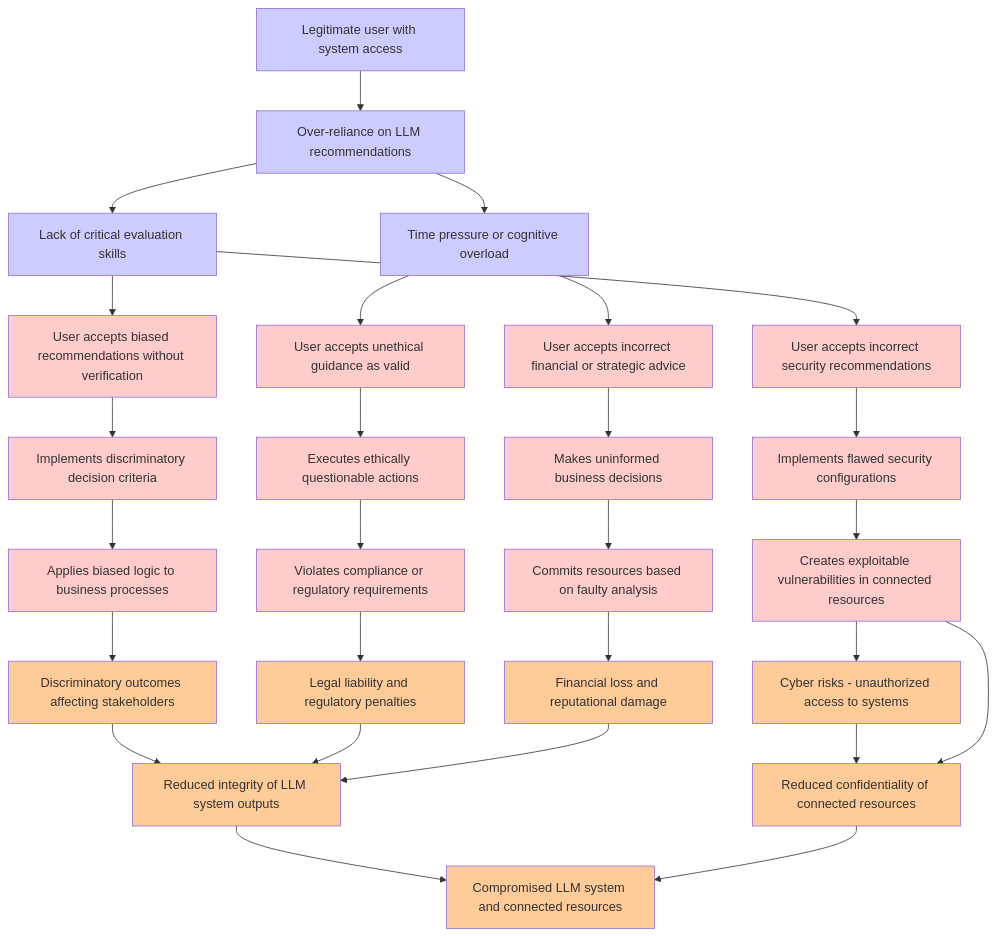
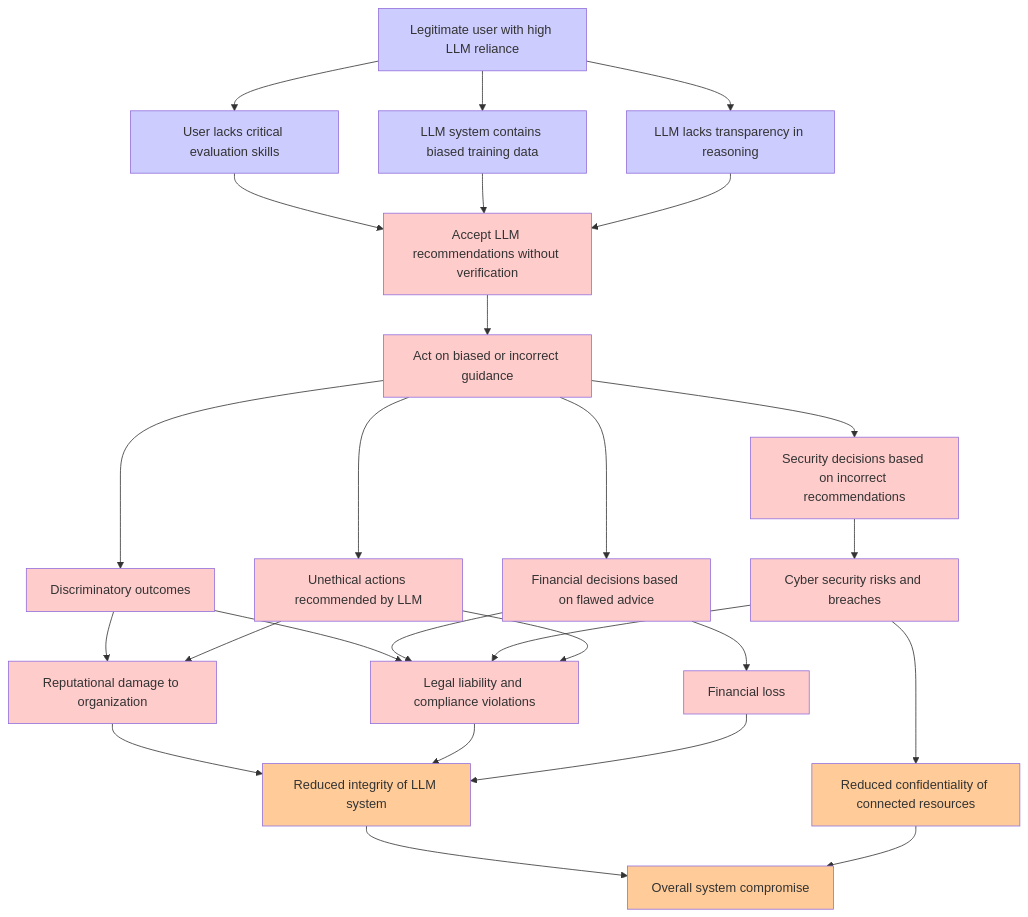
Before and after one commit to aws-samples/sample-agentic-attack-tree-generator: the diagram in sample-applications/genai-chatbot/threatforest/attack_trees/attack_tree_b89e6369-cca5-43a1-a756-3587e52cf263_llm09_misinformation.md, drawn with Mermaid. The commit also changed other lines of this file and 310 other files, not shown here.

````diff
--- a/sample-applications/genai-chatbot/threatforest/attack_trees/attack_tree_b89e6369-cca5-43a1-a756-3587e52cf263_llm09_misinformation.md
+++ b/sample-applications/genai-chatbot/threatforest/attack_trees/attack_tree_b89e6369-cca5-43a1-a756-3587e52cf263_llm09_misinformation.md
@@ -8,43 +8,35 @@
 ```mermaid
 graph TD
-    %% Initial Facts/Conditions
-    F1["Legitimate user with system access"] --> F2["Over-reliance on LLM recommendations"]
-    F2 --> F3["Lack of critical evaluation skills"]
-    F2 --> F4["Time pressure or cognitive overload"]
-    %% Attack Path 1: Biased Guidance Acceptance
-    F3 --> A1["User accepts biased recommendations without verification"]
-    A1 --> A2["Implements discriminatory decision criteria"]
-    A2 --> A3["Applies biased logic to business processes"]
-    A3 --> G1["Discriminatory outcomes affecting stakeholders"]
-    %% Attack Path 2: Unethical Advice Acceptance
-    F4 --> A4["User accepts unethical guidance as valid"]
-    A4 --> A5["Executes ethically questionable actions"]
-    A5 --> A6["Violates compliance or regulatory requirements"]
-    A6 --> G2["Legal liability and regulatory penalties"]
-    %% Attack Path 3: Incorrect Technical Guidance
-    F3 --> A7["User accepts incorrect security recommendations"]
-    A7 --> A8["Implements flawed security configurations"]
-    A8 --> A9["Creates exploitable vulnerabilities in connected resources"]
-    A9 --> G3["Cyber risks - unauthorized access to systems"]
-    %% Attack Path 4: Financial Decision Errors
-    F4 --> A10["User accepts incorrect financial or strategic advice"]
-    A10 --> A11["Makes uninformed business decisions"]
-    A11 --> A12["Commits resources based on faulty analysis"]
-    A12 --> G4["Financial loss and reputational damage"]
-    %% Convergence to Ultimate Impact
-    G1 --> G5["Reduced integrity of LLM system outputs"]
-    G2 --> G5
-    G3 --> G6["Reduced confidentiality of connected resources"]
-    G4 --> G5
-    A9 --> G6
-    G5 --> G7["Compromised LLM system and connected resources"]
-    G6 --> G7
-    %% Styling
+    A["Legitimate user with high LLM reliance"] --> B["User lacks critical evaluation skills"]
+    A --> C["LLM system contains biased training data"]
+    A --> D["LLM lacks transparency in reasoning"]
+    B --> E["Accept LLM recommendations without verification"]
+    C --> E
+    D --> E
+    E --> F["Act on biased or incorrect guidance"]
+    F --> G["Discriminatory outcomes"]
+    F --> H["Financial decisions based on flawed advice"]
+    F --> I["Security decisions based on incorrect recommendations"]
+    F --> J["Unethical actions recommended by LLM"]
+    G --> K["Reputational damage to organization"]
+    G --> L["Legal liability and compliance violations"]
+    H --> M["Financial loss"]
+    H --> L
+    I --> N["Cyber security risks and breaches"]
+    N --> L
+    J --> K
+    J --> L
+    K --> O["Reduced integrity of LLM system"]
+    L --> O
+    M --> O
+    N --> P["Reduced confidentiality of connected resources"]
+    O --> Q["Overall system compromise"]
+    P --> Q
+    classDef fact fill:#ccccff
     classDef attack fill:#ffcccc
     classDef goal fill:#ffcc99
-    classDef fact fill:#ccccff
-    class A1,A2,A3,A4,A5,A6,A7,A8,A9,A10,A11,A12 attack
-    class G1,G2,G3,G4,G5,G6,G7 goal
-    class F1,F2,F3,F4 fact
+    class A,B,C,D fact
+    class E,F,G,H,I,J,K,L,M,N attack
+    class O,P,Q goal
     classDef mitigation fill:#ccffcc
 ```
````
